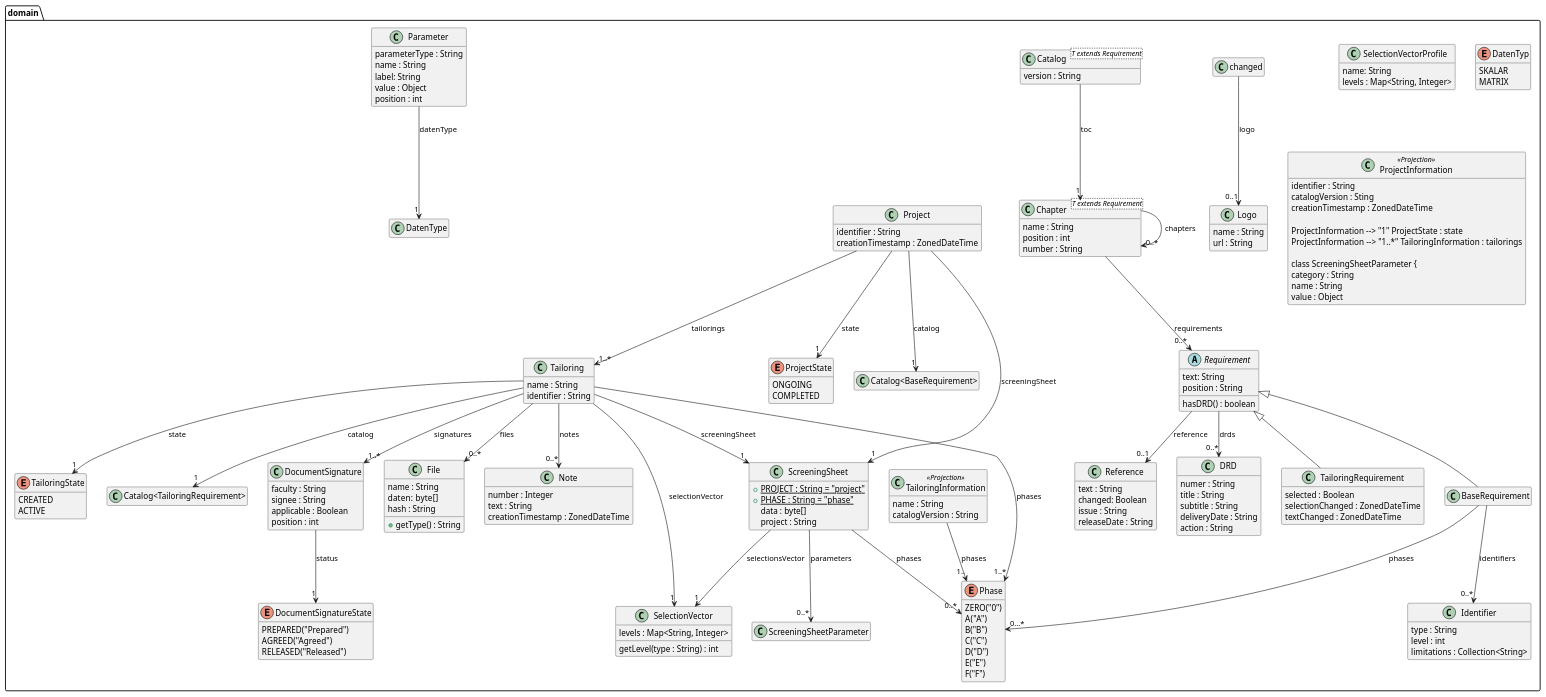
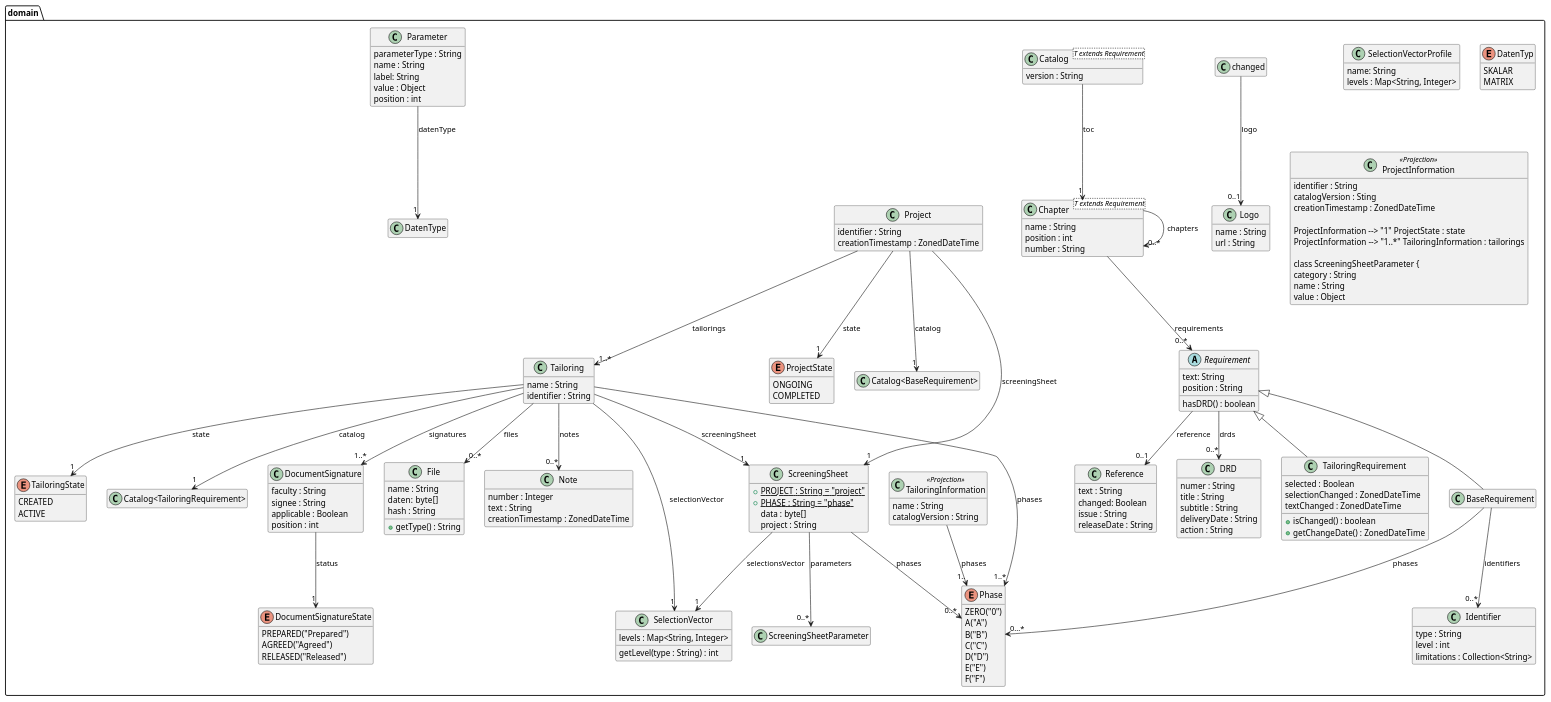
One commit to tailoringexpert/platform changed the diagram in src/site/arc42/plantuml/core/domain/Ebene3.plantuml. Above: the diagram before and after it, drawn with PlantUML. The commit also changed 3 other files, not shown here.

```diff
--- a/src/site/arc42/plantuml/core/domain/Ebene3.plantuml
+++ b/src/site/arc42/plantuml/core/domain/Ebene3.plantuml
@@ -1,195 +1,197 @@
 @startuml Ebene3.png
 skinparam componentStyle uml2
 
 package domain {
 
     class Logo {
         name : String
         url : String
     }
 
     class Reference {
       text : String
       changed: Boolean
       issue : String
       releaseDate : String
 
 
     }
     changed --> "0..1" Logo : logo
 
     abstract class Requirement{
       text: String
       position : String
       hasDRD() : boolean
     }
     Requirement --> "0..1" Reference : reference
     Requirement --> "0..*" DRD : drds
 
     class DRD {
         numer : String
         title : String
         subtitle : String
         deliveryDate : String
         action : String
     }
     class Identifier {
         type : String
         level : int
         limitations : Collection<String>
     }
 
     enum Phase {
         ZERO("0")
         A("A")
         B("B")
         C("C")
         D("D")
         E("E")
         F("F")
     }
 
     class BaseRequirement {
     }
     Requirement <|-- BaseRequirement
     BaseRequirement --> "0..*" Identifier : identifiers
     BaseRequirement --> "0...*" Phase : phases
 
 
     class Chapter<T extends Requirement> {
         name : String
         position : int
         number : String
     }
     Chapter --> "0..*" Chapter : chapters
     Chapter --> "0..*" Requirement : requirements
 
     class TailoringRequirement {
         selected : Boolean
         selectionChanged : ZonedDateTime
         textChanged : ZonedDateTime
+        +isChanged() : boolean
+        +getChangeDate() : ZonedDateTime
     }
     Requirement <|-- TailoringRequirement
 
     class Catalog<T extends Requirement> {
         version : String
     }
     Catalog --> "1" Chapter : toc
 
 
     class SelectionVector {
         levels : Map<String, Integer>
         getLevel(type : String) : int
     }
 
     class SelectionVectorProfile {
         name: String
         levels : Map<String, Integer>
     }
 
     class ScreeningSheet {
         +{static} PROJECT : String = "project"
         +{static} PHASE : String = "phase"
         data : byte[]
         project : String
     }
     ScreeningSheet --> "1" SelectionVector : selectionsVector
     ScreeningSheet -->  "0..*" ScreeningSheetParameter : parameters
     ScreeningSheet -->  "0..*" Phase : phases
 
     class File {
         name : String
         daten:  byte[]
         hash : String
         +getType() : String
     }
 
     class Note {
         number : Integer
         text : String
         creationTimestamp : ZonedDateTime
     }
 
     enum TailoringState {
         CREATED
         ACTIVE
     }
 
     class Tailoring {
         name : String
         identifier : String
     }
 
     Tailoring --> "1" SelectionVector : selectionVector
     Tailoring --> "1" ScreeningSheet : screeningSheet
     Tailoring --> "1..*" Phase : phases
     Tailoring --> "1" "Catalog<TailoringRequirement>" : catalog
     Tailoring --> "1" TailoringState : state
     Tailoring --> "0..*" File : files
     Tailoring --> "1..*" DocumentSignature : signatures
     Tailoring --> "0..*" Note : notes
 
     enum ProjectState {
         ONGOING
         COMPLETED
     }
 
     class Project {
         identifier : String
         creationTimestamp : ZonedDateTime
     }
     Project --> "1" ProjectState : state
     Project --> "1..*" Tailoring : tailorings
     Project --> "1" ScreeningSheet : screeningSheet
     Project --> "1" "Catalog<BaseRequirement>" : catalog
 
     enum DatenTyp {
         SKALAR
         MATRIX
     }
 
     class Parameter {
         parameterType : String
         name : String
         label: String
         value : Object
         position : int
     }
     Parameter --> "1" DatenType : datenType
 
     enum DocumentSignatureState {
         PREPARED("Prepared")
         AGREED("Agreed")
         RELEASED("Released")
     }
 
     class DocumentSignature {
         faculty : String
         signee : String
         applicable : Boolean
         position : int
     }
     DocumentSignature --> "1" DocumentSignatureState : status
 
     class TailoringInformation<<Projection>> {
         name : String
         catalogVersion : String
     }
     TailoringInformation --> "1.." Phase : phases
 
     class ProjectInformation<<Projection>> {
         identifier : String
         catalogVersion : Sting
         creationTimestamp : ZonedDateTime
 
     ProjectInformation --> "1" ProjectState : state
     ProjectInformation --> "1..*" TailoringInformation : tailorings
 
     class ScreeningSheetParameter {
         category : String
         name : String
         value : Object
     }
 }
 hide empty members
 @enduml
```
